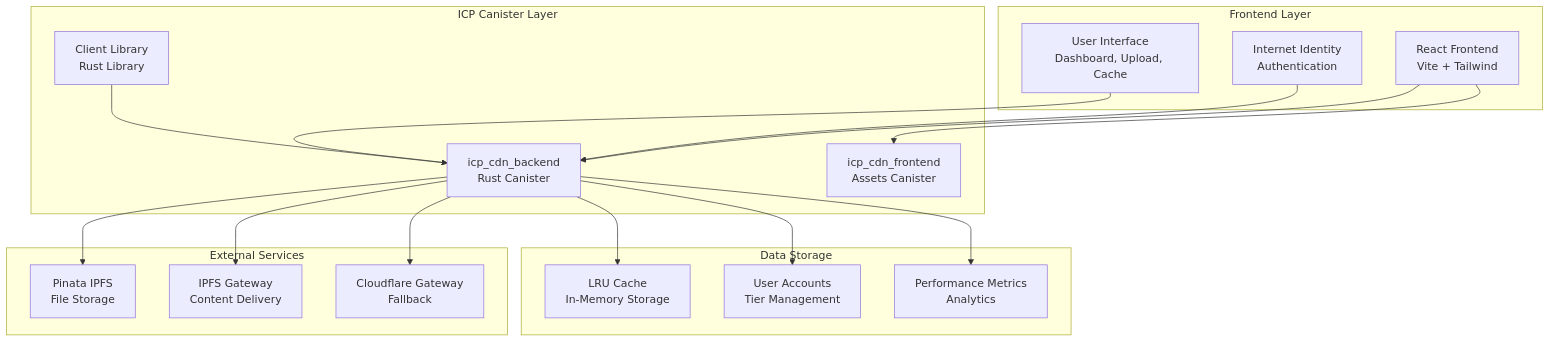
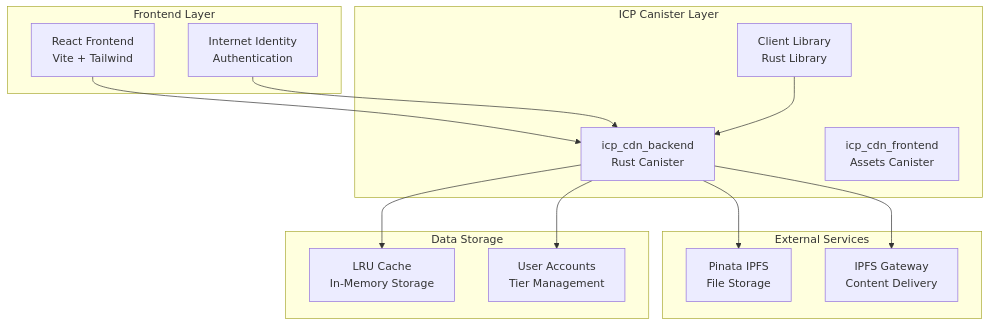
Before and after one commit to Blessan-Alex/ICP-CDN: the first of 3 diagrams in docs/DIAGRAMS.md, drawn with Mermaid. The commit also changed other lines of this file and 9 other files, not shown here.

````diff
--- a/docs/DIAGRAMS.md
+++ b/docs/DIAGRAMS.md
@@ -7,38 +7,31 @@
 ```mermaid
 graph TB
     subgraph "Frontend Layer"
         A[React Frontend<br/>Vite + Tailwind]
         B[Internet Identity<br/>Authentication]
-        C[User Interface<br/>Dashboard, Upload, Cache]
     end
     
     subgraph "ICP Canister Layer"
         D[icp_cdn_backend<br/>Rust Canister]
         E[icp_cdn_frontend<br/>Assets Canister]
         F[Client Library<br/>Rust Library]
     end
     
     subgraph "External Services"
         G[Pinata IPFS<br/>File Storage]
         H[IPFS Gateway<br/>Content Delivery]
-        I[Cloudflare Gateway<br/>Fallback]
     end
     
     subgraph "Data Storage"
         J[LRU Cache<br/>In-Memory Storage]
         K[User Accounts<br/>Tier Management]
-        L[Performance Metrics<br/>Analytics]
     end
     
     A --> D
-    A --> E
     B --> D
-    C --> D
     D --> G
     D --> H
-    D --> I
     D --> J
     D --> K
-    D --> L
     F --> D
 ```
````
